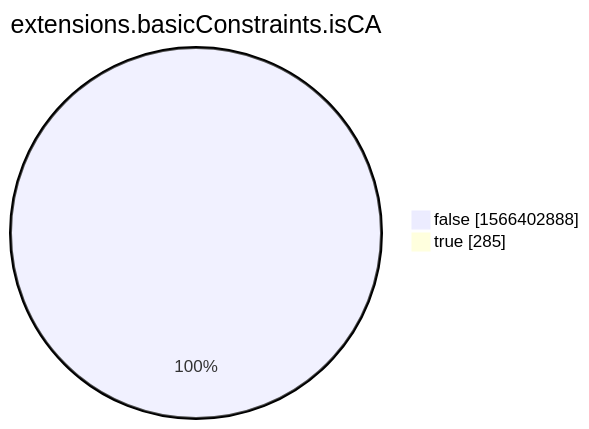
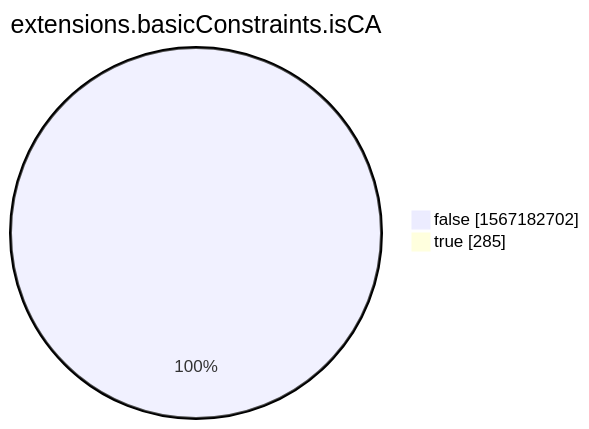
One commit to christiankrug/ctmonitor_visualization changed the eighth of 15 diagrams in xenon2022/README.md. Above: the diagram before and after it, drawn with Mermaid. The commit also changed other lines of this file, not shown here.

````diff
--- a/xenon2022/README.md
+++ b/xenon2022/README.md
@@ -2861,6 +2861,6 @@
 ```mermaid
 pie showData
 title extensions.basicConstraints.isCA
-"false" :1566402888
+"false" :1567182702
 "true" :285
 ```
````
